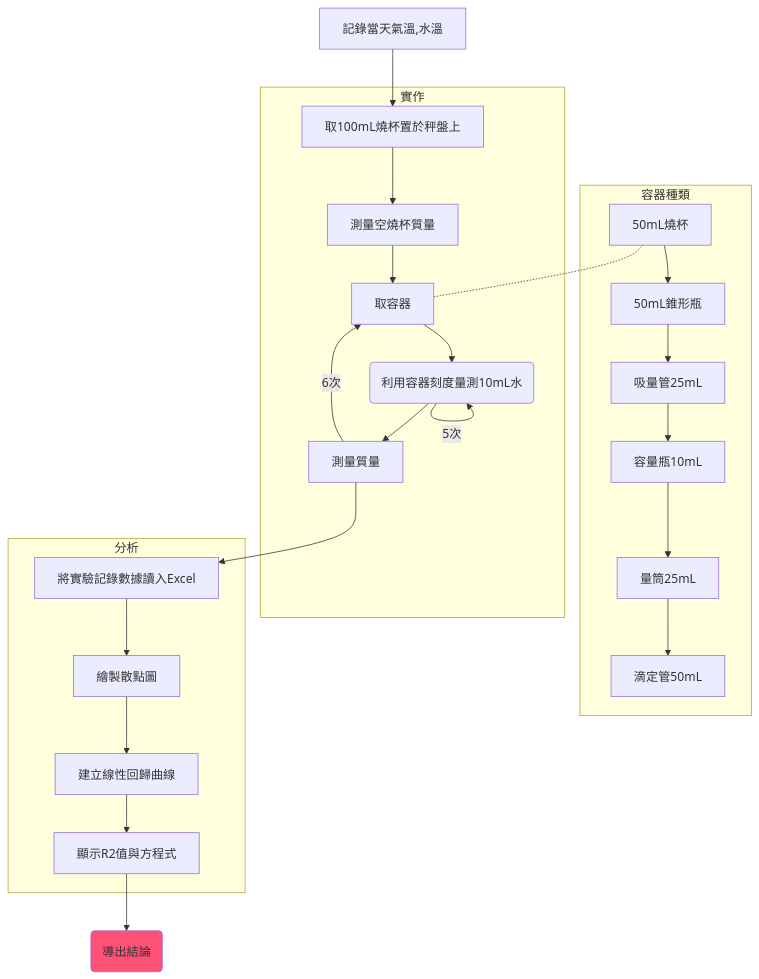
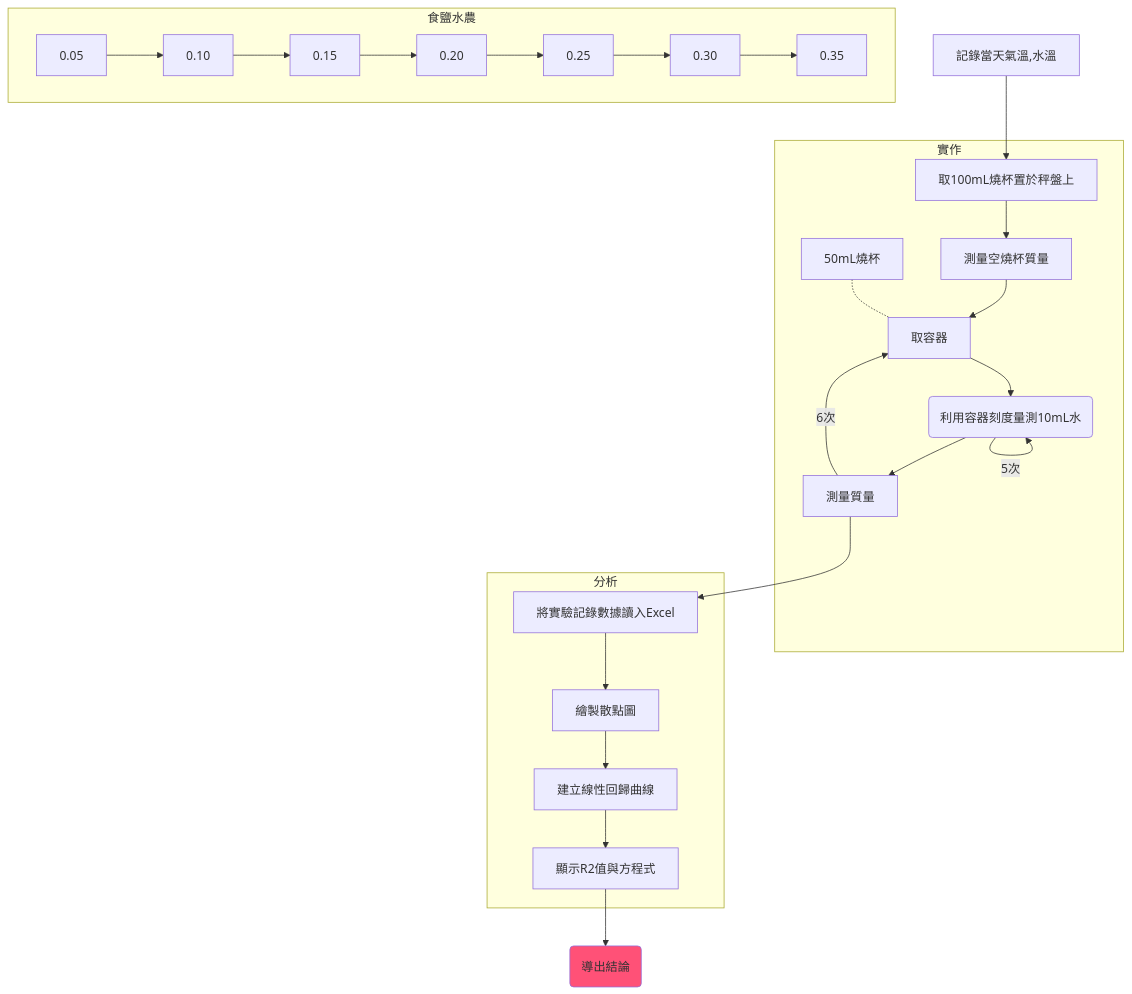
Before and after one commit to Ethane1755/Obsidian: the diagram in Zettelkasten/自然探究.md, drawn with Mermaid.

Commit message:
Obsidian Backup 2021-09-22 12:57

````diff
--- a/Zettelkasten/自然探究.md
+++ b/Zettelkasten/自然探究.md
@@ -25,20 +25,20 @@
 ```mermaid
 graph TD
 記錄當天氣溫,水溫-->取100mL燒杯置於秤盤上
-subgraph 容器種類
-50mL燒杯-->50mL錐形瓶-->吸量管25mL-->容量瓶10mL-->量筒25mL-->滴定管50mL
+subgraph 食鹽水農
+0.05-->0.10-->0.15-->0.20-->0.25-->0.30-->0.35
 end
 subgraph 實作
 取100mL燒杯置於秤盤上-->測量空燒杯質量-->取容器
 取容器-->id1(利用容器刻度量測10mL水)-->測量質量
 id1-->|5次|id1
 50mL燒杯-.-取容器
 測量質量-->|6次|取容器
 end
 測量質量-->將實驗記錄數據讀入Excel
 subgraph 分析
 將實驗記錄數據讀入Excel-->繪製散點圖-->建立線性回歸曲線-->顯示R2值與方程式
 end
 顯示R2值與方程式-->id2(導出結論)
 style id2 fill:#FF5177
 ```
````
